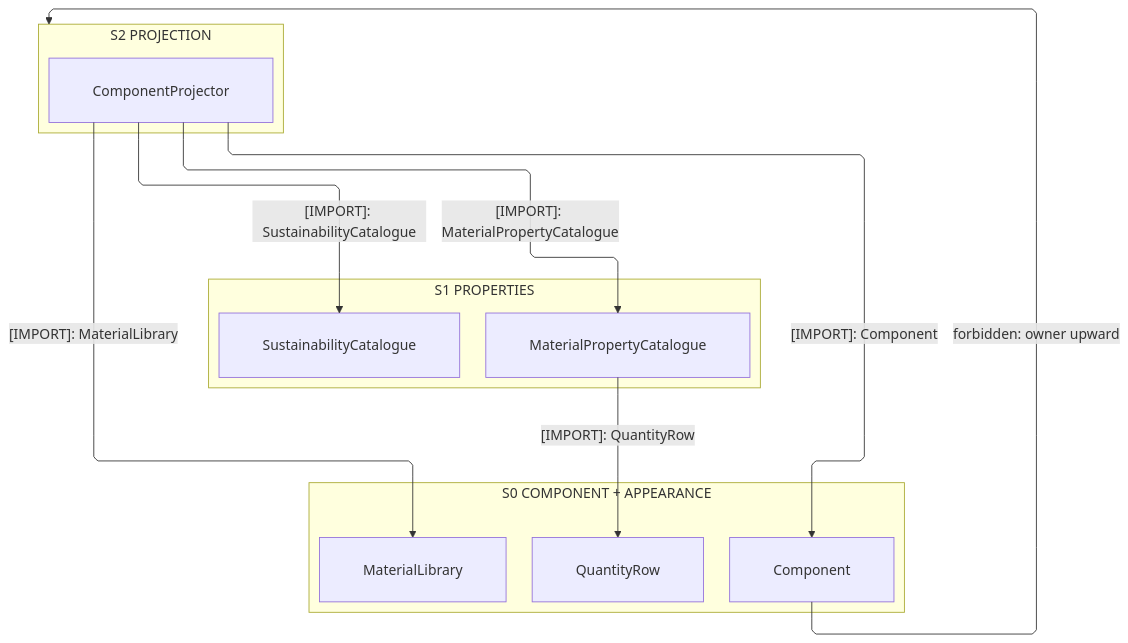
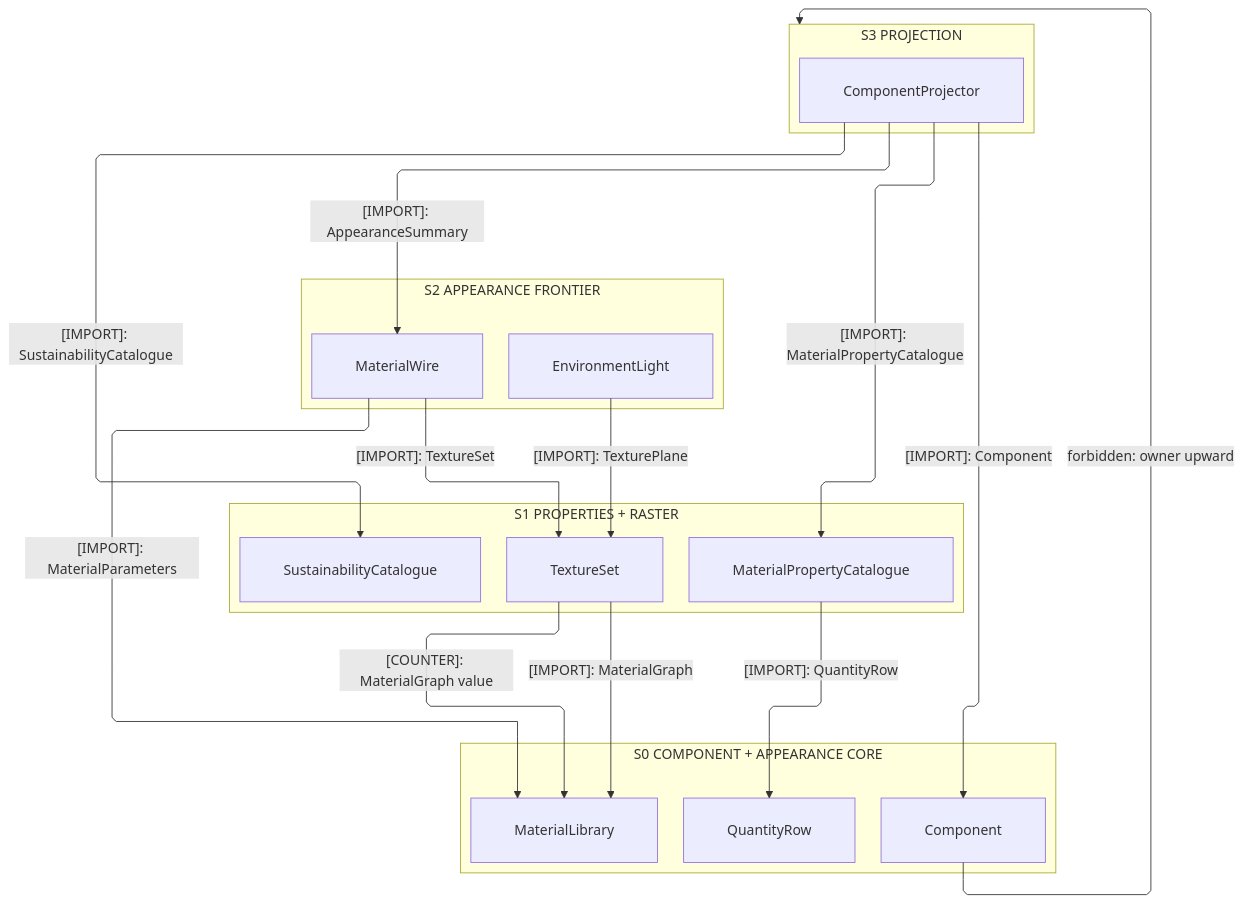
One commit to bsamiee/Rasm changed the first of 3 diagrams in libs/csharp/Rasm.Materials/ARCHITECTURE.md. Above: the diagram before and after it, drawn with Mermaid. The commit also changed other lines of this file and 65 other files, not shown here.

````diff
--- a/libs/csharp/Rasm.Materials/ARCHITECTURE.md
+++ b/libs/csharp/Rasm.Materials/ARCHITECTURE.md
@@ -57,30 +71,40 @@
 ```mermaid
 ---
 config:
   layout: elk
   flowchart:
     curve: linear
     padding: 25
 ---
 flowchart TB
     accTitle: Rasm.Materials interior strata
-    accDescr: Three stacked strata from the one component projector through the property catalogues onto the peer component and appearance owners, every consumption edge downward naming one sourced type, and one forbidden upward edge marked.
-    subgraph S2["S2 PROJECTION"]
+    accDescr: Four stacked strata from the one component projector through the appearance frontier and the property and raster plane onto the peer component and appearance-core owners, every consumption edge downward naming one sourced type, and one forbidden upward edge marked.
+    subgraph S3["S3 PROJECTION"]
         Projector[ComponentProjector]
     end
-    subgraph S1["S1 PROPERTIES"]
+    subgraph S2["S2 APPEARANCE FRONTIER"]
+        Wire[MaterialWire]
+        Environment[EnvironmentLight]
+    end
+    subgraph S1["S1 PROPERTIES + RASTER"]
         Catalogue[MaterialPropertyCatalogue]
         Sustainability[SustainabilityCatalogue]
+        Raster[TextureSet]
     end
-    subgraph S0["S0 COMPONENT + APPEARANCE"]
+    subgraph S0["S0 COMPONENT + APPEARANCE CORE"]
         Component[Component]
         QuantityRow[QuantityRow]
         Library[MaterialLibrary]
     end
     Projector e1@-->|"[IMPORT]: MaterialPropertyCatalogue"| Catalogue
     Projector e2@-->|"[IMPORT]: SustainabilityCatalogue"| Sustainability
     Projector e3@-->|"[IMPORT]: Component"| Component
-    Projector e4@-->|"[IMPORT]: MaterialLibrary"| Library
+    Projector e4@-->|"[IMPORT]: AppearanceSummary"| Wire
     Catalogue e5@-->|"[IMPORT]: QuantityRow"| QuantityRow
-    Component f1@-->|"forbidden: owner upward"| S2
+    Raster e6@-->|"[IMPORT]: MaterialGraph"| Library
+    Raster e7@-->|"[COUNTER]: MaterialGraph value"| Library
+    Wire e8@-->|"[IMPORT]: TextureSet"| Raster
+    Wire e9@-->|"[IMPORT]: MaterialParameters"| Library
+    Environment e10@-->|"[IMPORT]: TexturePlane"| Raster
+    Component f1@-->|"forbidden: owner upward"| S3
 ```
````
